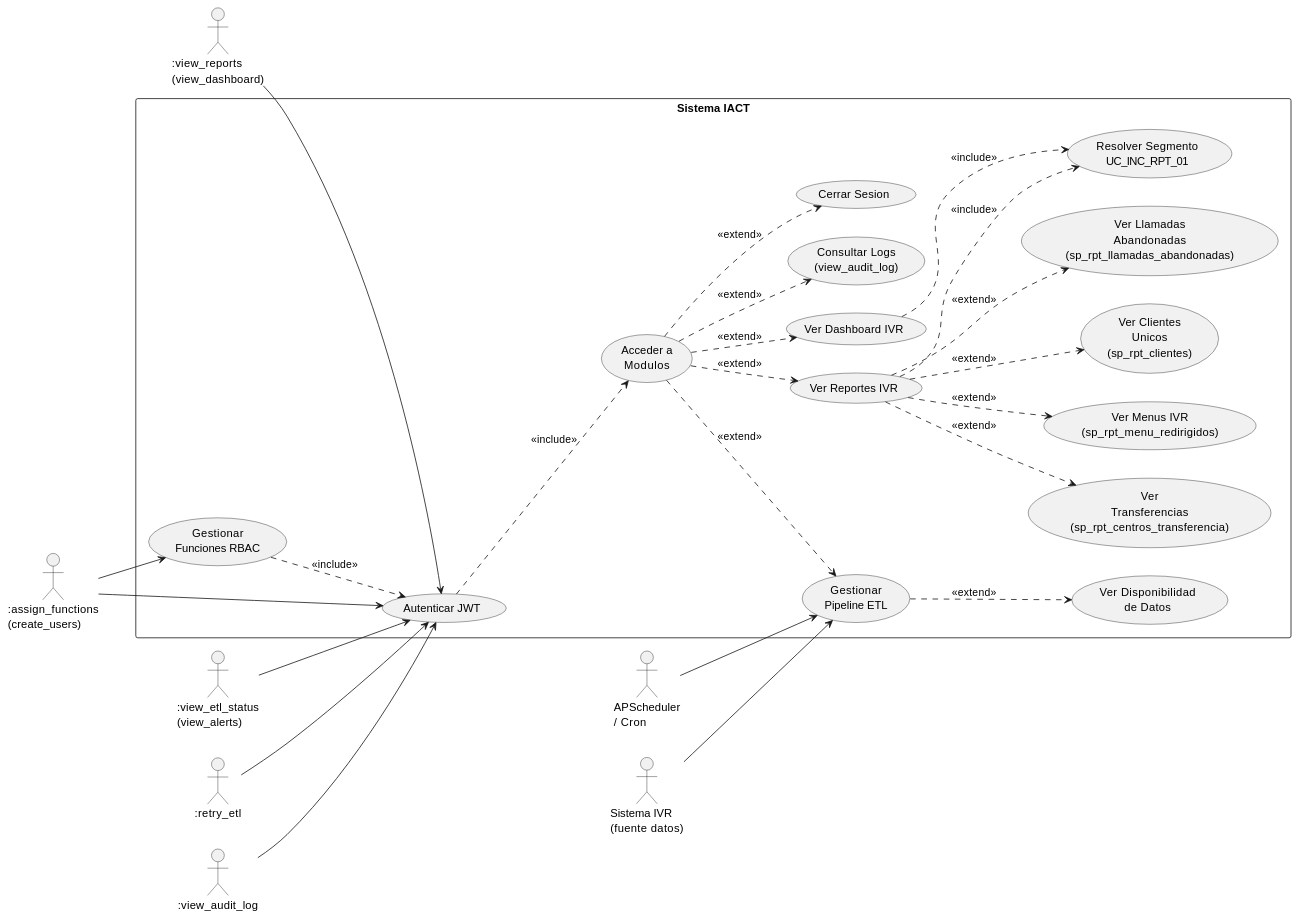
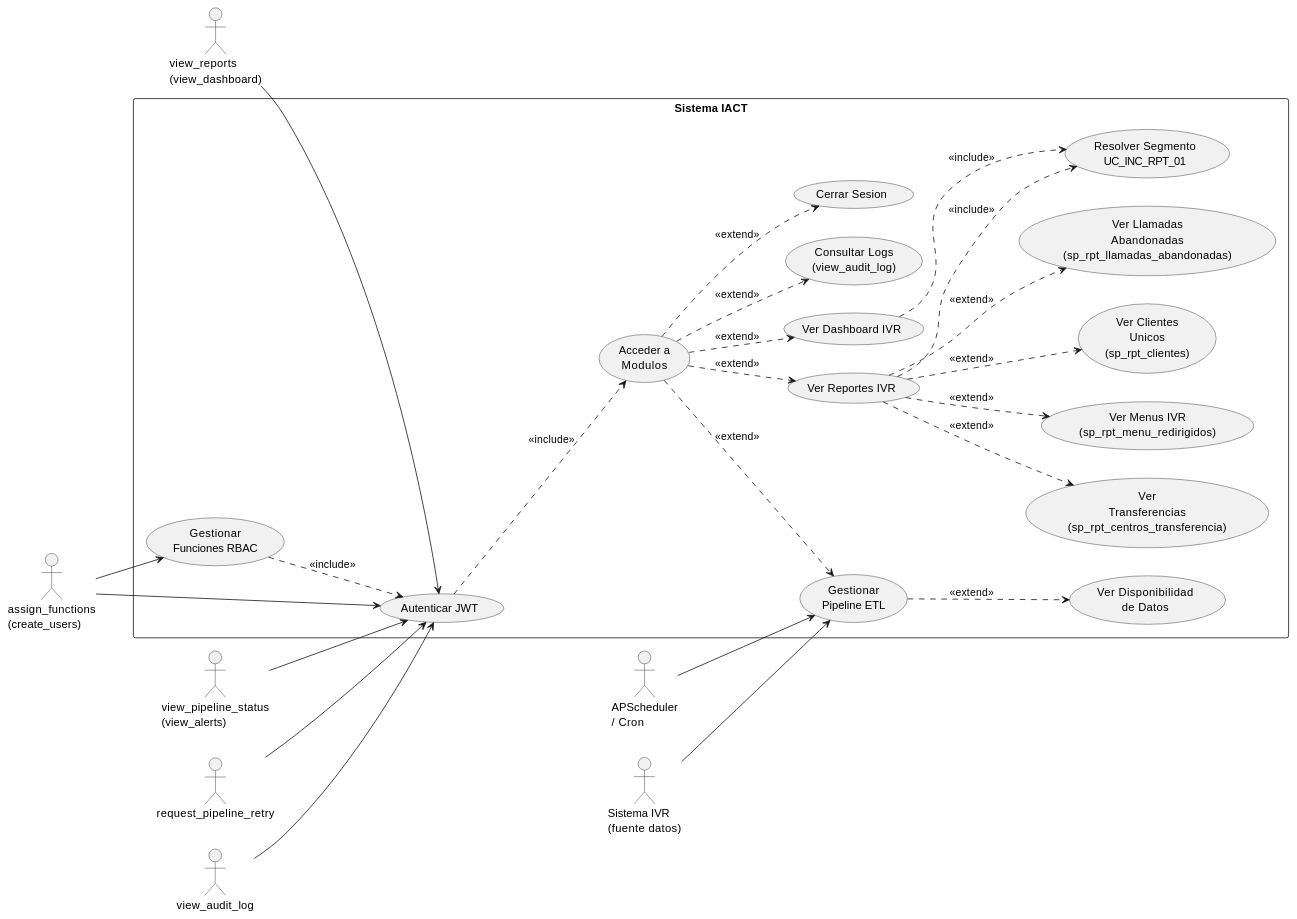
Before and after one commit to jcg-admin/IACT-docs: the first of 12 diagrams in source/arquitectura-tecnica/diagramas-uml-sistema.rst, drawn with PlantUML. The commit also changed other lines of this file and 157 other files, not shown here.

First line of the commit message:
Enforce catalog function names across all diagrams

```diff
--- a/source/arquitectura-tecnica/diagramas-uml-sistema.rst
+++ b/source/arquitectura-tecnica/diagramas-uml-sistema.rst
@@ -188,59 +188,59 @@
 .. uml::
  :caption: Figura 4 — Diagrama de casos de uso del Sistema IACT
 
  @startuml
  left to right direction
 
- actor ":view_reports\n(view_dashboard)" as RVG
- actor ":view_etl_status\n(view_alerts)" as QSG
- actor ":retry_etl" as PAG
- actor ":assign_functions\n(create_users)" as UAG
- actor ":view_audit_log" as AUG
+ actor "view_reports\n(view_dashboard)" as RVG
+ actor "view_pipeline_status\n(view_alerts)" as QSG
+ actor "request_pipeline_retry" as PAG
+ actor "assign_functions\n(create_users)" as UAG
+ actor "view_audit_log" as AUG
  actor "APScheduler\n/ Cron" as SCH
  actor "Sistema IVR\n(fuente datos)" as IVR
 
  rectangle "Sistema IACT" {
    usecase "Autenticar JWT" as UC_AUTH
    usecase "Acceder a\nModulos" as UC_ACC
    usecase "Ver Dashboard IVR" as UC_DASH
    usecase "Ver Reportes IVR" as UC_RPT
    usecase "Resolver Segmento\nUC_INC_RPT_01" as UC_INC
    usecase "Ver Llamadas\nAbandonadas\n(sp_rpt_llamadas_abandonadas)" as UC_R13
    usecase "Ver\nTransferencias\n(sp_rpt_centros_transferencia)" as UC_R15
    usecase "Ver Menus IVR\n(sp_rpt_menu_redirigidos)" as UC_R16
    usecase "Ver Clientes\nUnicos\n(sp_rpt_clientes)" as UC_R17
    usecase "Gestionar\nPipeline ETL" as UC_PIP
    usecase "Ver Disponibilidad\nde Datos" as UC_DISP
    usecase "Consultar Logs\n(view_audit_log)" as UC_LOG
    usecase "Gestionar\nFunciones RBAC" as UC_RBAC
    usecase "Cerrar Sesion" as UC_LOGOUT
  }
 
  RVG --> UC_AUTH
  QSG --> UC_AUTH
  PAG --> UC_AUTH
  UAG --> UC_AUTH
  AUG --> UC_AUTH
  SCH --> UC_PIP
  IVR --> UC_PIP
 
  UC_AUTH ..> UC_ACC : <<include>>
  UC_ACC ..> UC_DASH : <<extend>>
  UC_ACC ..> UC_RPT : <<extend>>
  UC_ACC ..> UC_PIP : <<extend>>
  UC_ACC ..> UC_LOG : <<extend>>
  UC_ACC ..> UC_LOGOUT : <<extend>>
  UAG --> UC_RBAC
  UC_RBAC ..> UC_AUTH : <<include>>
 
  UC_RPT ..> UC_INC : <<include>>
  UC_DASH ..> UC_INC : <<include>>
 
  UC_RPT ..> UC_R13 : <<extend>>
  UC_RPT ..> UC_R15 : <<extend>>
  UC_RPT ..> UC_R16 : <<extend>>
  UC_RPT ..> UC_R17 : <<extend>>
 
  UC_PIP ..> UC_DISP : <<extend>>
 
  @enduml
```
